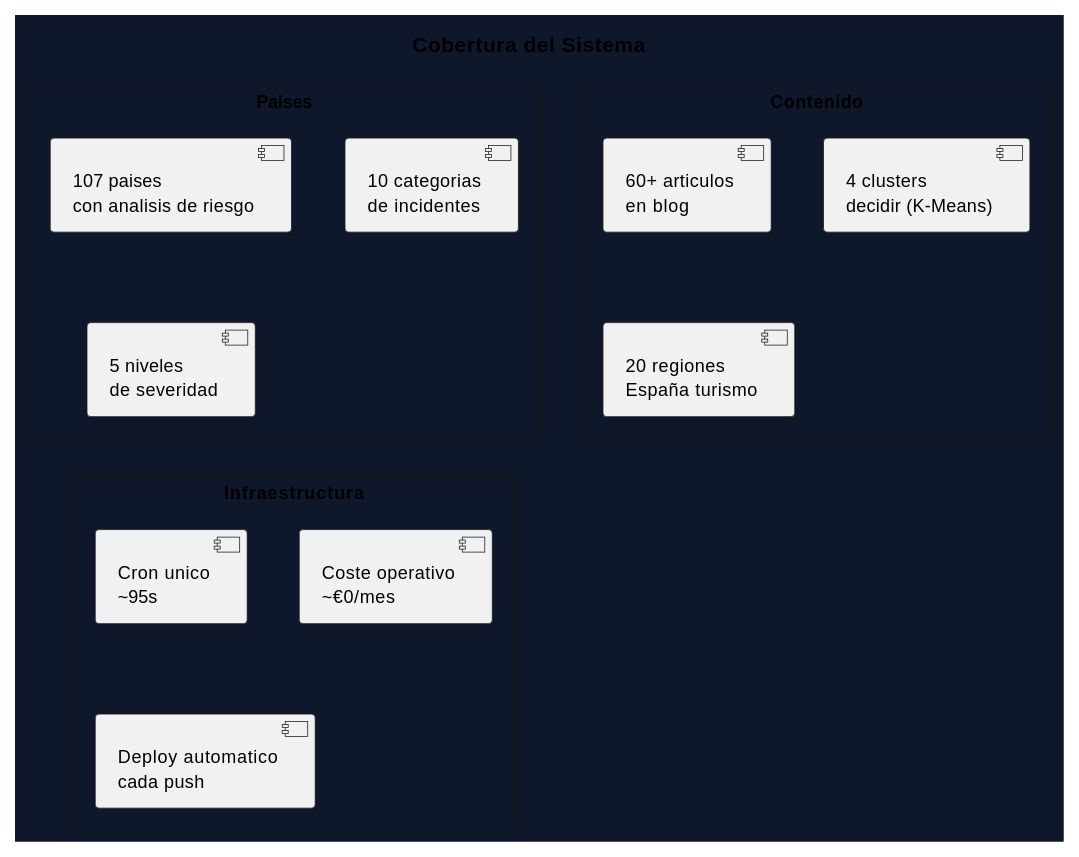
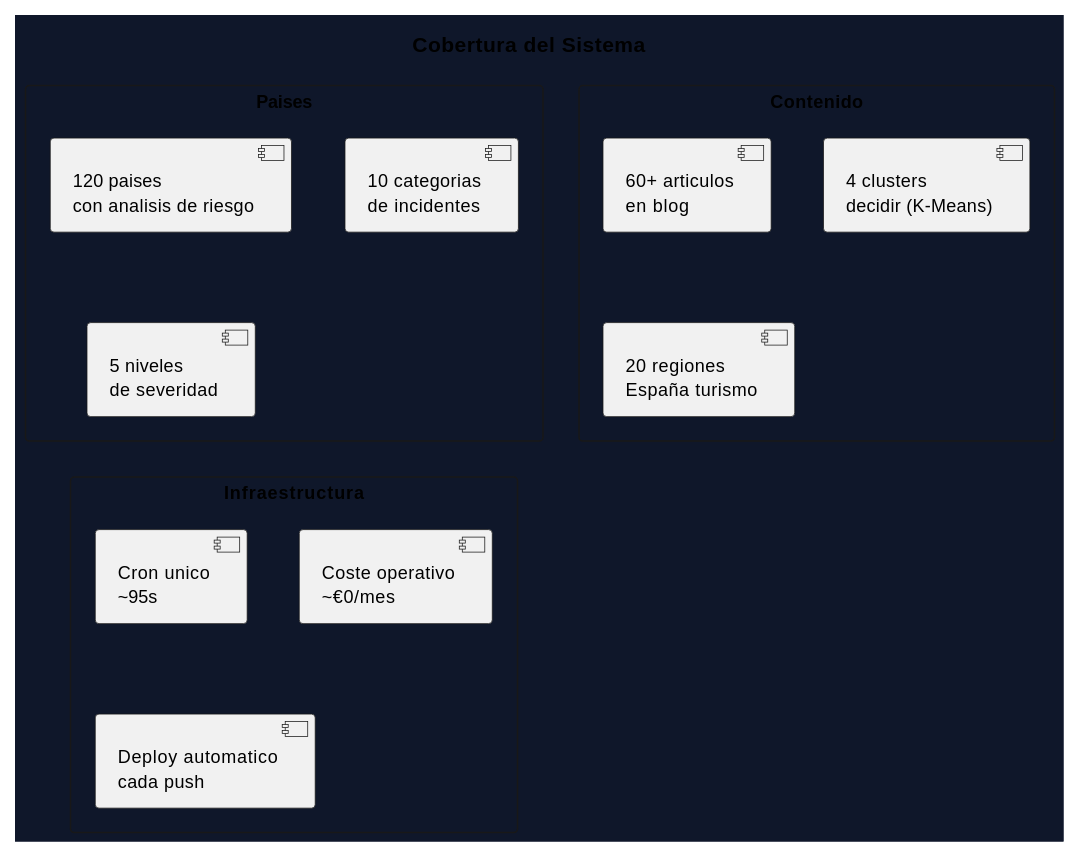
The third of 5 diagrams in analisis-ejecutivo.org (mcasrom/viaje-con-inteligencia), drawn with PlantUML before and after one commit. The commit also changed 31 other files, not shown here.

```diff
--- a/analisis-ejecutivo.org
+++ b/analisis-ejecutivo.org
@@ -149,27 +149,27 @@
 #+BEGIN_SRC plantuml :file assets/coverage.png :exports results
 @startuml
 skinparam backgroundColor #0F172A
 skinparam defaultFontSize 12
 
 title Cobertura del Sistema
 
 rectangle "Paises" as Countries {
-  [107 paises\ncon analisis de riesgo] as Risk
+  [120 paises\ncon analisis de riesgo] as Risk
   [10 categorias\nde incidentes] as Incidents
   [5 niveles\nde severidad] as Severity
 }
 
 rectangle "Contenido" as Content {
   [60+ articulos\nen blog] as Blog
   [4 clusters\ndecidir (K-Means)] as Clusters
   [20 regiones\nEspaña turismo] as Spain
 }
 
 rectangle "Infraestructura" as Infra {
   [Cron unico\n~95s] as Cron
   [Coste operativo\n~€0/mes] as Cost
   [Deploy automatico\ncada push] as Deploy
 }
 
 @enduml
 #+END_SRC
```
